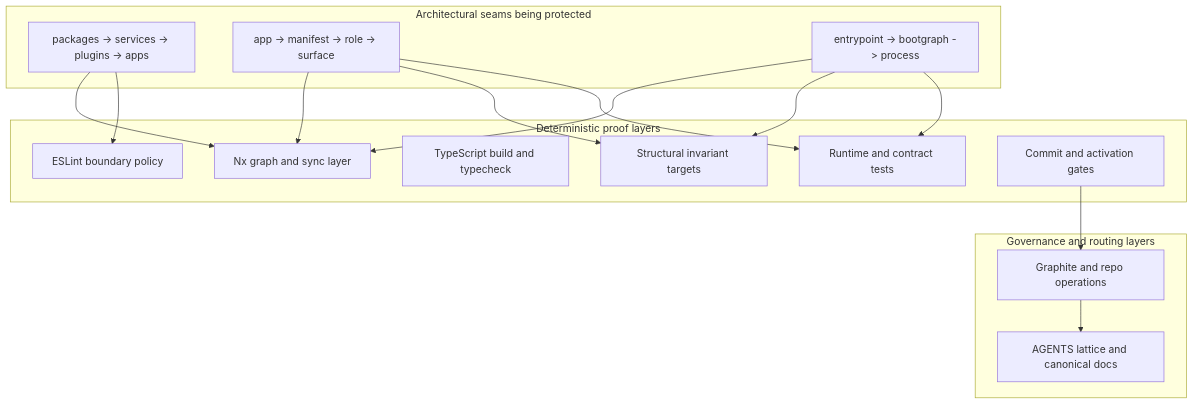
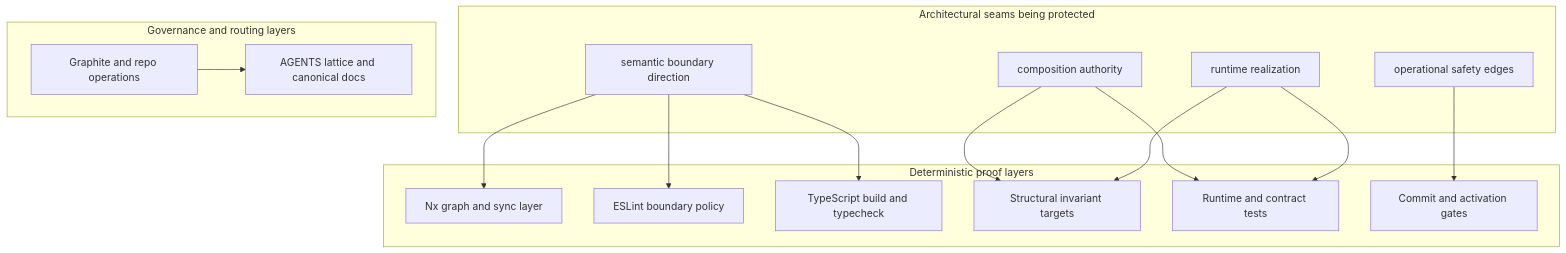
One commit to rawr-ai/rawr-hq-template changed the diagram in docs/system/enforcement.md. Above: the diagram before and after it, drawn with Mermaid. The commit also changed other lines of this file, not shown here.

````diff
--- a/docs/system/enforcement.md
+++ b/docs/system/enforcement.md
@@ -40,33 +41,33 @@
 ```mermaid
 flowchart TB
   subgraph Seams["Architectural seams being protected"]
-    A["packages -> services -> plugins -> apps"]
-    B["app -> manifest -> role -> surface"]
-    C["entrypoint -> bootgraph -> process"]
+    A["semantic boundary direction"]
+    B["composition authority"]
+    C["runtime realization"]
+    D["operational safety edges"]
   end
 
   subgraph Deterministic["Deterministic proof layers"]
     D1["Nx graph and sync layer"]
     D2["ESLint boundary policy"]
     D3["TypeScript build and typecheck"]
     D4["Structural invariant targets"]
     D5["Runtime and contract tests"]
     D6["Commit and activation gates"]
   end
 
   subgraph Governance["Governance and routing layers"]
     G1["Graphite and repo operations"]
     G2["AGENTS lattice and canonical docs"]
   end
 
   A --> D1
   A --> D2
-  B --> D1
+  A --> D3
   B --> D4
   B --> D5
-  C --> D1
   C --> D4
   C --> D5
-  D6 --> G1
+  D --> D6
   G1 --> G2
 ```
````
